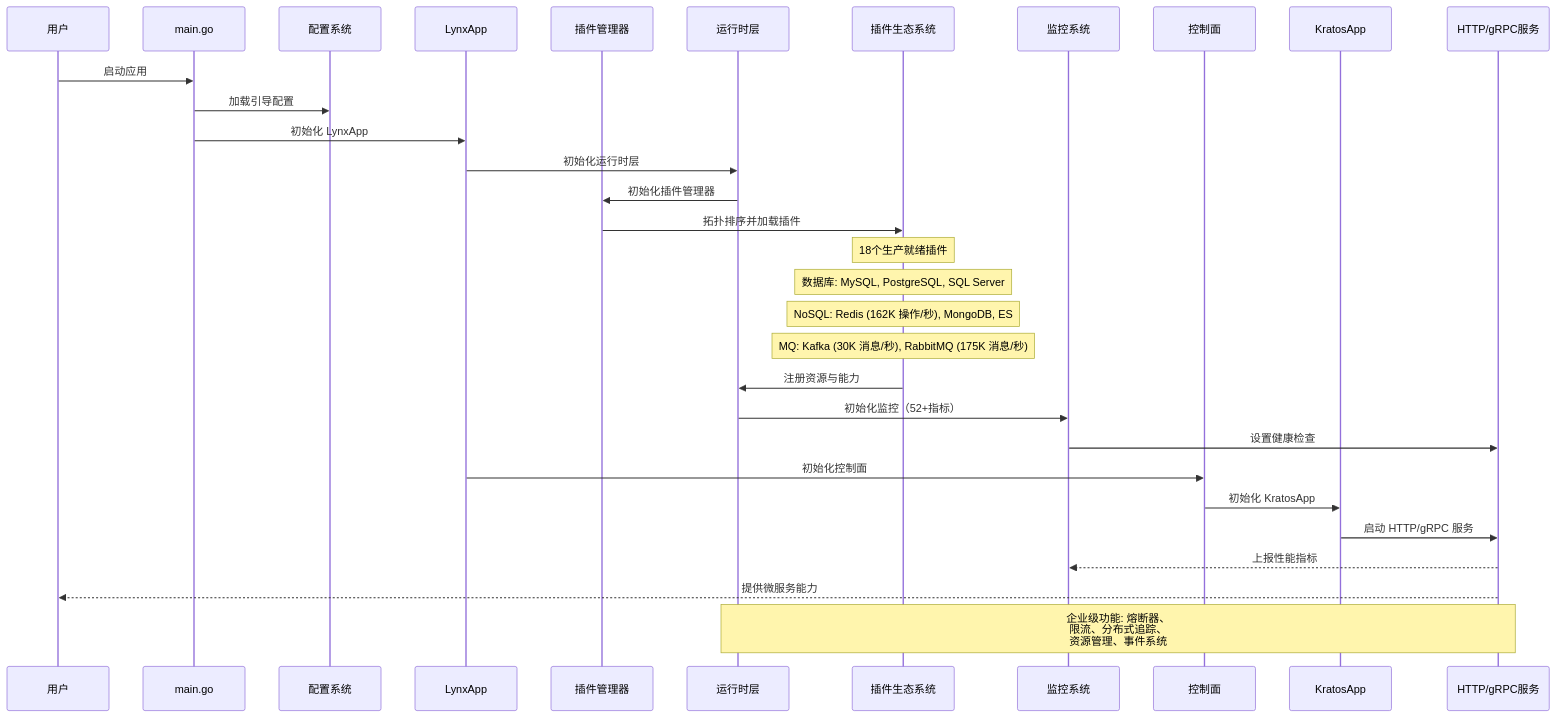
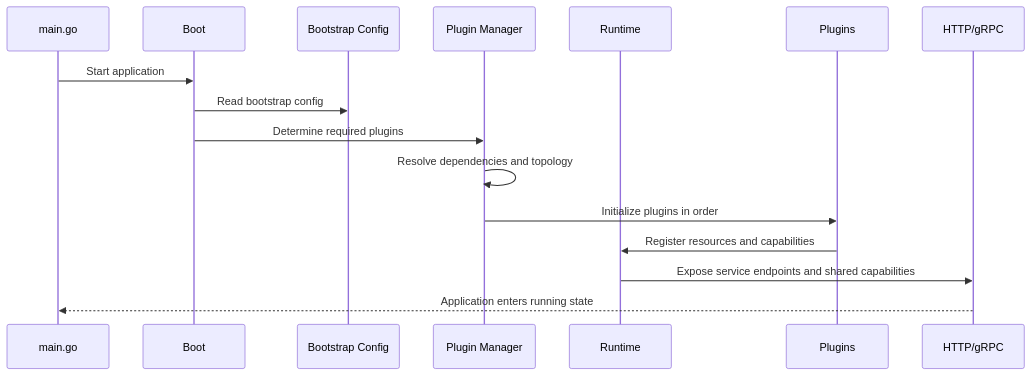
Before and after one commit to go-lynx/lynx.github.cn: the second of 2 diagrams in docs/intro/04-arch.md, drawn with Mermaid. The commit also changed other lines of this file and 73 other files, not shown here.

````diff
--- a/docs/intro/04-arch.md
+++ b/docs/intro/04-arch.md
@@ -72,39 +66,19 @@
 ```mermaid
 sequenceDiagram
-    participant User as 用户
     participant Main as main.go
-    participant Config as 配置系统
-    participant LynxApp as LynxApp
-    participant PluginMgr as 插件管理器
-    participant Runtime as 运行时层
-    participant Plugins as 插件生态系统
-    participant Monitor as 监控系统
-    participant Control as 控制面
-    participant Kratos as KratosApp
-    participant Service as HTTP/gRPC服务
+    participant Boot as Boot
+    participant Config as Bootstrap Config
+    participant Manager as Plugin Manager
+    participant Runtime as Runtime
+    participant Plugins as Plugins
+    participant Service as HTTP/gRPC
 
-    User->>Main: 启动应用
-    Main->>Config: 加载引导配置
-    Main->>LynxApp: 初始化 LynxApp
-    LynxApp->>Runtime: 初始化运行时层
-    Runtime->>PluginMgr: 初始化插件管理器
-    PluginMgr->>Plugins: 拓扑排序并加载插件
-    
-    Note over Plugins: 18个生产就绪插件
-    Note over Plugins: 数据库: MySQL, PostgreSQL, SQL Server
-    Note over Plugins: NoSQL: Redis (162K 操作/秒), MongoDB, ES
-    Note over Plugins: MQ: Kafka (30K 消息/秒), RabbitMQ (175K 消息/秒)
-    
-    Plugins->>Runtime: 注册资源与能力
-    Runtime->>Monitor: 初始化监控（52+指标）
-    Monitor->>Service: 设置健康检查
-    
-    LynxApp->>Control: 初始化控制面
-    Control->>Kratos: 初始化 KratosApp
-    Kratos->>Service: 启动 HTTP/gRPC 服务
-    
-    Service-->>Monitor: 上报性能指标
-    Service-->>User: 提供微服务能力
-    
-    Note over Runtime,Service: 企业级功能: 熔断器、<br/>限流、分布式追踪、<br/>资源管理、事件系统
+    Main->>Boot: Start application
+    Boot->>Config: Read bootstrap config
+    Boot->>Manager: Determine required plugins
+    Manager->>Manager: Resolve dependencies and topology
+    Manager->>Plugins: Initialize plugins in order
+    Plugins->>Runtime: Register resources and capabilities
+    Runtime->>Service: Expose service endpoints and shared capabilities
+    Service-->>Main: Application enters running state
 ```
````
